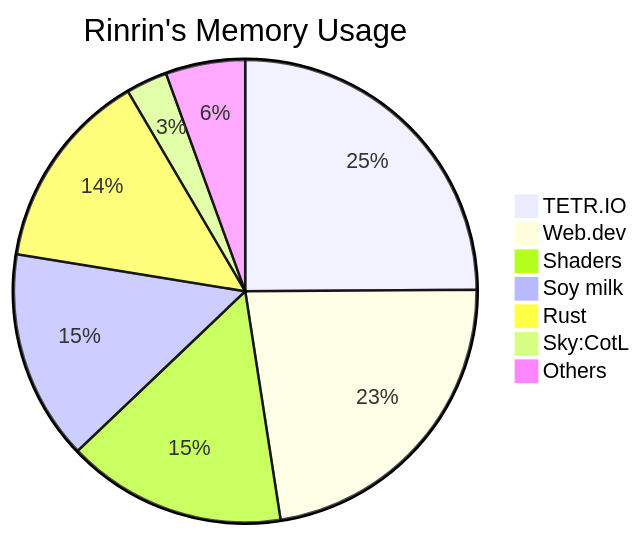
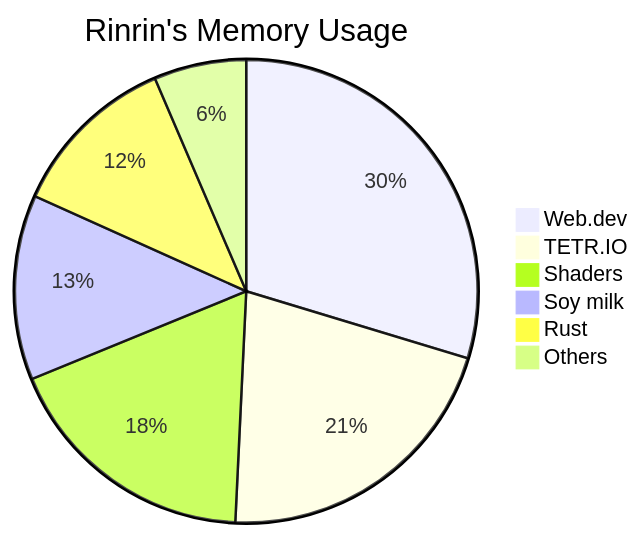
The diagram in README.md (Rinrin0413/Rinrin0413), drawn with Mermaid before and after one commit.

Commit message:
🐸 Update: Rinrin's Memory Usage

````diff
--- a/README.md
+++ b/README.md
@@ -71,10 +71,9 @@
 ```mermaid
 pie title Rinrin's Memory Usage
-    "TETR.IO": 112
-    "Web.dev": 102
-    "Shaders": 69
-    "Soy milk": 66
-    "Rust": 63
-    "Sky:CotL": 13
-    "Others": 25
+    "Web.dev": 138
+    "TETR.IO": 98
+    "Shaders": 84
+    "Soy milk": 60
+    "Rust": 55
+    "Others": 30
 ```
````
